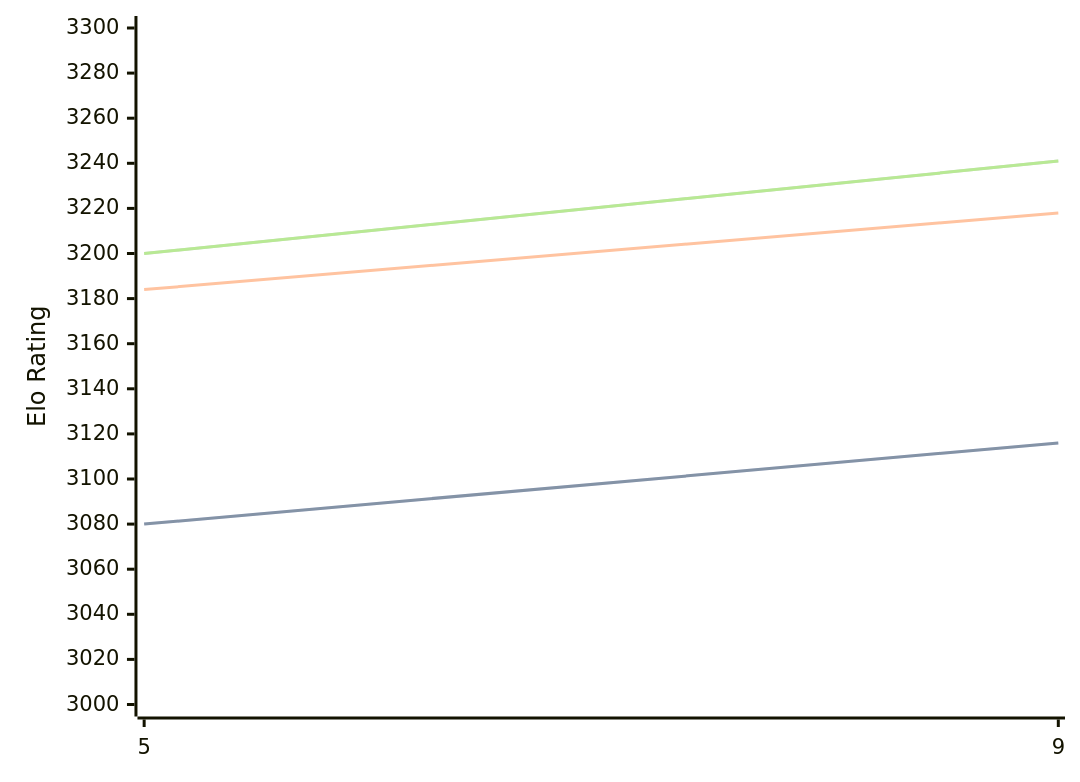
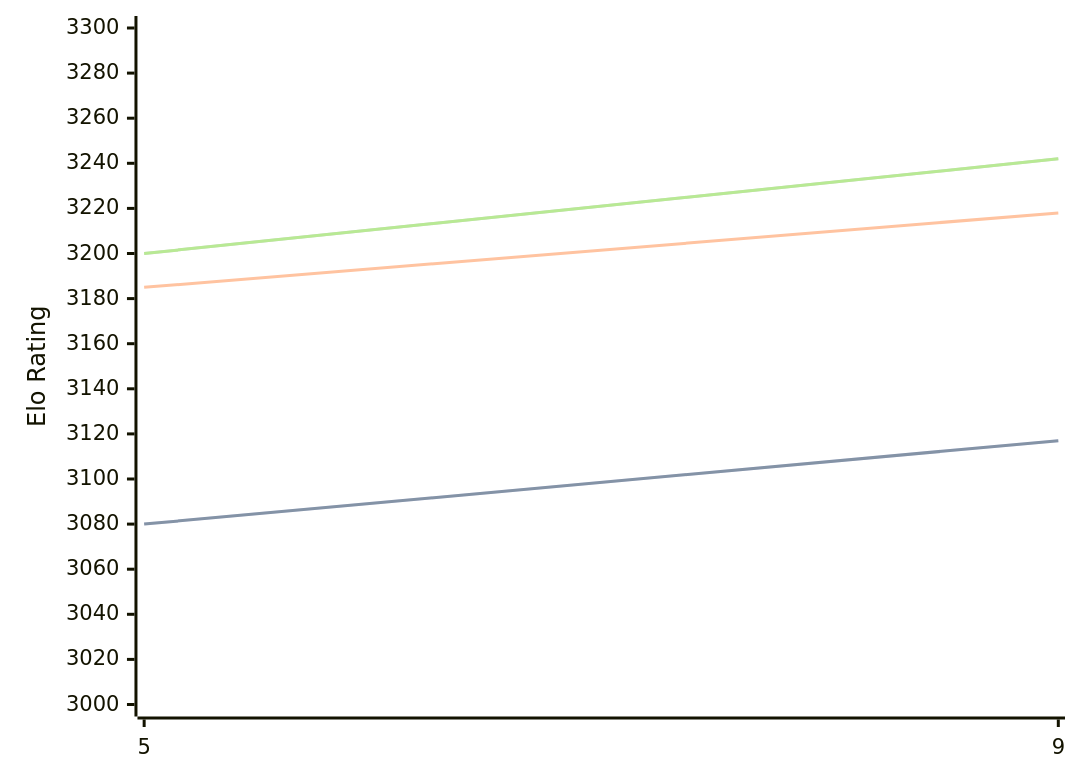
One commit to computer-chess-index/cci changed the diagram in engines/Crystal.md. Above: the diagram before and after it, drawn with Mermaid. The commit also changed other lines of this file, not shown here.

Commit message:
Update CCI Ratings (ELO VLTC) - 2026-02-24

````diff
--- a/engines/Crystal.md
+++ b/engines/Crystal.md
@@ -57,11 +57,11 @@
 ```mermaid
 %%{init: {"theme":"base","themeVariables":{"seriesColors:['#a3a3a3','#222221','#faa371']}}}%%
 xychart-beta
   x-axis ["5", "9"]
   y-axis "Elo Rating" 3000 --> 3300
-  line "STC (8.0+0.08s)" [3080, 3116]
-  line "STC (8.0+0.08s)" [3080, 3116]
-  line "LTC (60.0+0.60s)" [3184, 3218]
-  line "VLTC (2m24s+1.12s)" [3200, 3241]
-  line "VLTC (2m24s+1.12s)" [3200, 3241]
+  line "STC (8.0+0.08s)" [3080, 3117]
+  line "STC (8.0+0.08s)" [3080, 3117]
+  line "LTC (60.0+0.60s)" [3185, 3218]
+  line "VLTC (2m24s+1.12s)" [3200, 3242]
+  line "VLTC (2m24s+1.12s)" [3200, 3242]
 ```
````
